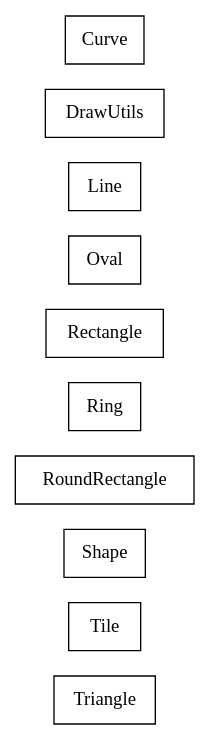
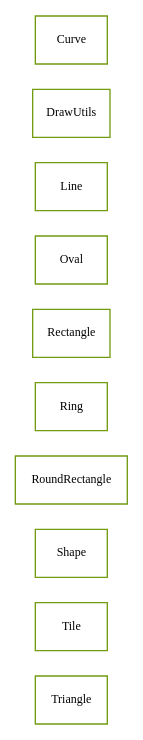
One commit to sekati/sasapi changed the diagram in docs/com/sekati/draw/classes.dot. Above: the diagram before and after it, drawn with Graphviz. The commit also changed 125 other files, not shown here.

```diff
--- a/docs/com/sekati/draw/classes.dot
+++ b/docs/com/sekati/draw/classes.dot
@@ -1,63 +1,93 @@
 strict digraph class_diagram {
   rankdir=LR;
   TypeTriangle[
     label="Triangle",
     URL="Triangle.html",
     tooltip="com.sekati.draw.Triangle",
+    fontname="Verdana",
+    fontsize="9"
+    color="#729b12"
     shape="record"
   ];
   TypeTile[
     label="Tile",
     URL="Tile.html",
     tooltip="com.sekati.draw.Tile",
+    fontname="Verdana",
+    fontsize="9"
+    color="#729b12"
     shape="record"
   ];
   TypeShape[
     label="Shape",
     URL="Shape.html",
     tooltip="com.sekati.draw.Shape",
+    fontname="Verdana",
+    fontsize="9"
+    color="#729b12"
     shape="record"
   ];
   TypeRoundRectangle[
     label="RoundRectangle",
     URL="RoundRectangle.html",
     tooltip="com.sekati.draw.RoundRectangle",
+    fontname="Verdana",
+    fontsize="9"
+    color="#729b12"
     shape="record"
   ];
   TypeRing[
     label="Ring",
     URL="Ring.html",
     tooltip="com.sekati.draw.Ring",
+    fontname="Verdana",
+    fontsize="9"
+    color="#729b12"
     shape="record"
   ];
   TypeRectangle[
     label="Rectangle",
     URL="Rectangle.html",
     tooltip="com.sekati.draw.Rectangle",
+    fontname="Verdana",
+    fontsize="9"
+    color="#729b12"
     shape="record"
   ];
   TypeOval[
     label="Oval",
     URL="Oval.html",
     tooltip="com.sekati.draw.Oval",
+    fontname="Verdana",
+    fontsize="9"
+    color="#729b12"
     shape="record"
   ];
   TypeLine[
     label="Line",
     URL="Line.html",
     tooltip="com.sekati.draw.Line",
+    fontname="Verdana",
+    fontsize="9"
+    color="#729b12"
     shape="record"
   ];
   TypeDrawUtils[
     label="DrawUtils",
     URL="DrawUtils.html",
     tooltip="com.sekati.draw.DrawUtils",
+    fontname="Verdana",
+    fontsize="9"
+    color="#729b12"
     shape="record"
   ];
   TypeCurve[
     label="Curve",
     URL="Curve.html",
     tooltip="com.sekati.draw.Curve",
+    fontname="Verdana",
+    fontsize="9"
+    color="#729b12"
     shape="record"
   ];
 }
```
